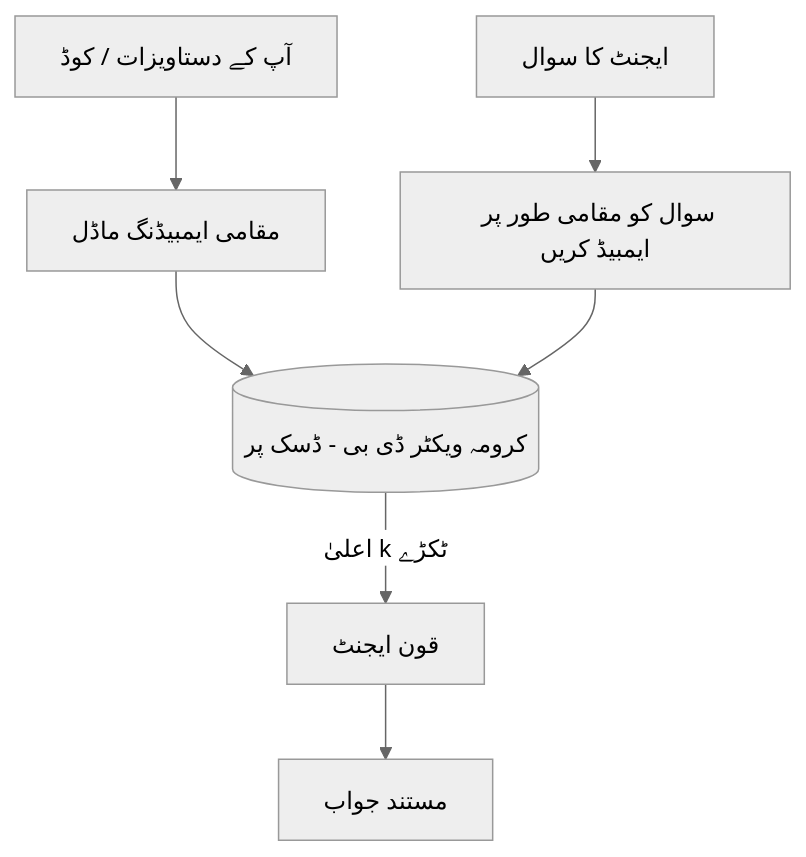
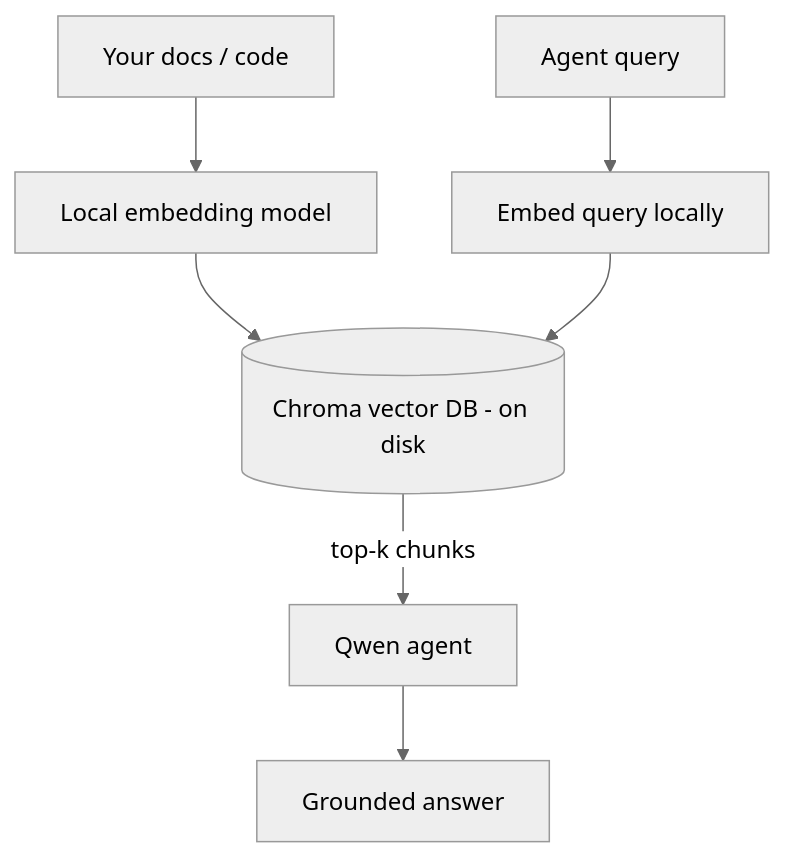
The third of 4 diagrams in mirrors/repos/microsoft@ai-agents-for-beginners/translations/ur/17-creating-local-ai-agents/README.md (gabrielmoreira/agent-skills-mirror), drawn with Mermaid (neutral theme) before and after one commit. The commit also changed other lines of this file and 5918 other files, not shown here.

````diff
--- a/mirrors/repos/microsoft@ai-agents-for-beginners/translations/ur/17-creating-local-ai-agents/README.md
+++ b/mirrors/repos/microsoft@ai-agents-for-beginners/translations/ur/17-creating-local-ai-agents/README.md
@@ -126,9 +125,9 @@
 ```mermaid
 flowchart TB
-    D[آپ کے دستاویزات / کوڈ] --> E[مقامی ایمبیڈنگ ماڈل]
-    E --> V[(کرومہ ویکٹر ڈی بی - ڈسک پر)]
-    Q[ایجنٹ کا سوال] --> QE[سوال کو مقامی طور پر ایمبیڈ کریں]
+    D[Your docs / code] --> E[Local embedding model]
+    E --> V[(Chroma vector DB - on disk)]
+    Q[Agent query] --> QE[Embed query locally]
     QE --> V
-    V -->|اعلیٰ k ٹکڑے| A[قون ایجنٹ]
-    A --> Ans[مستند جواب]
+    V -->|top-k chunks| A[Qwen agent]
+    A --> Ans[Grounded answer]
 ```
````
